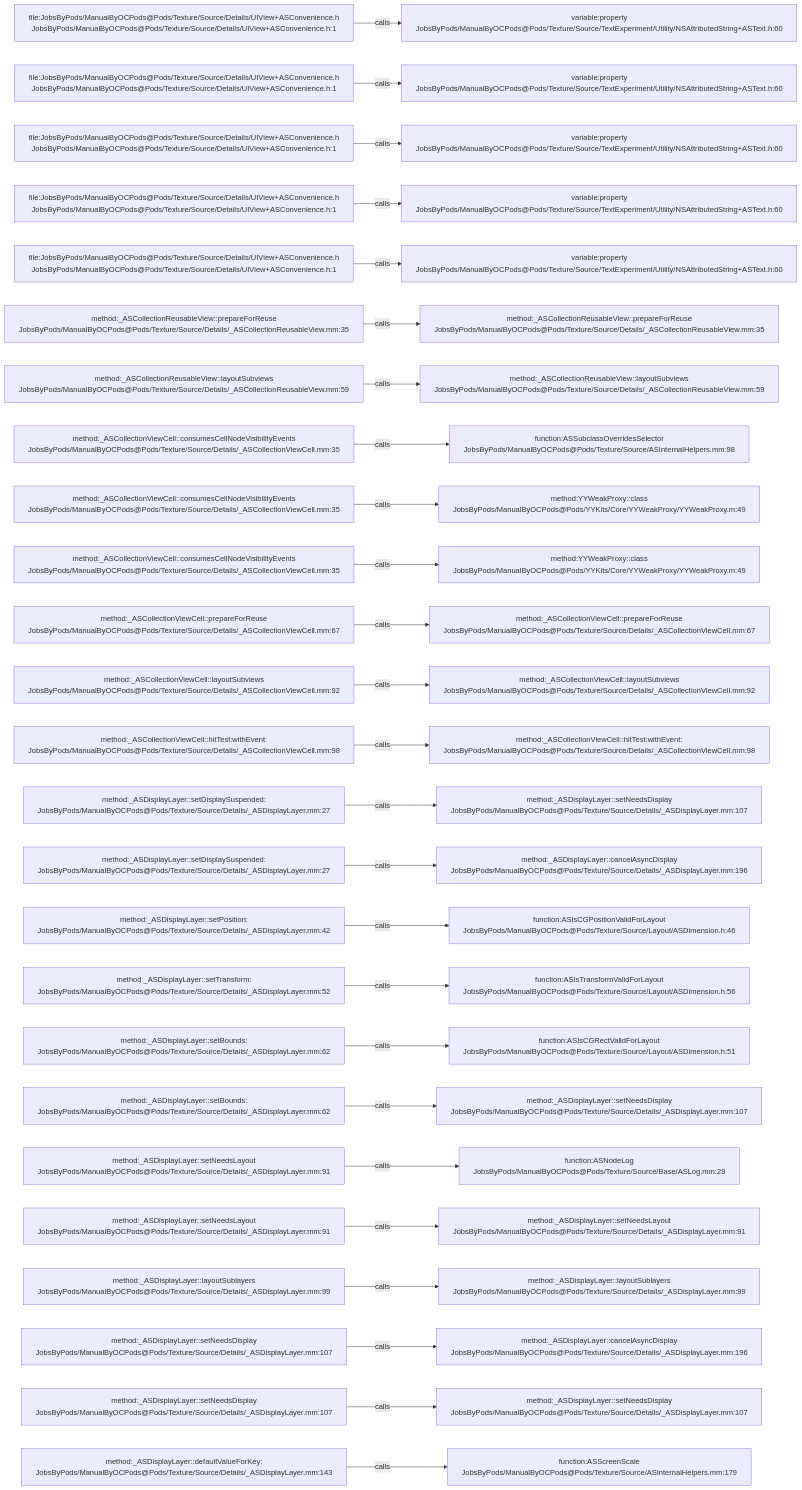
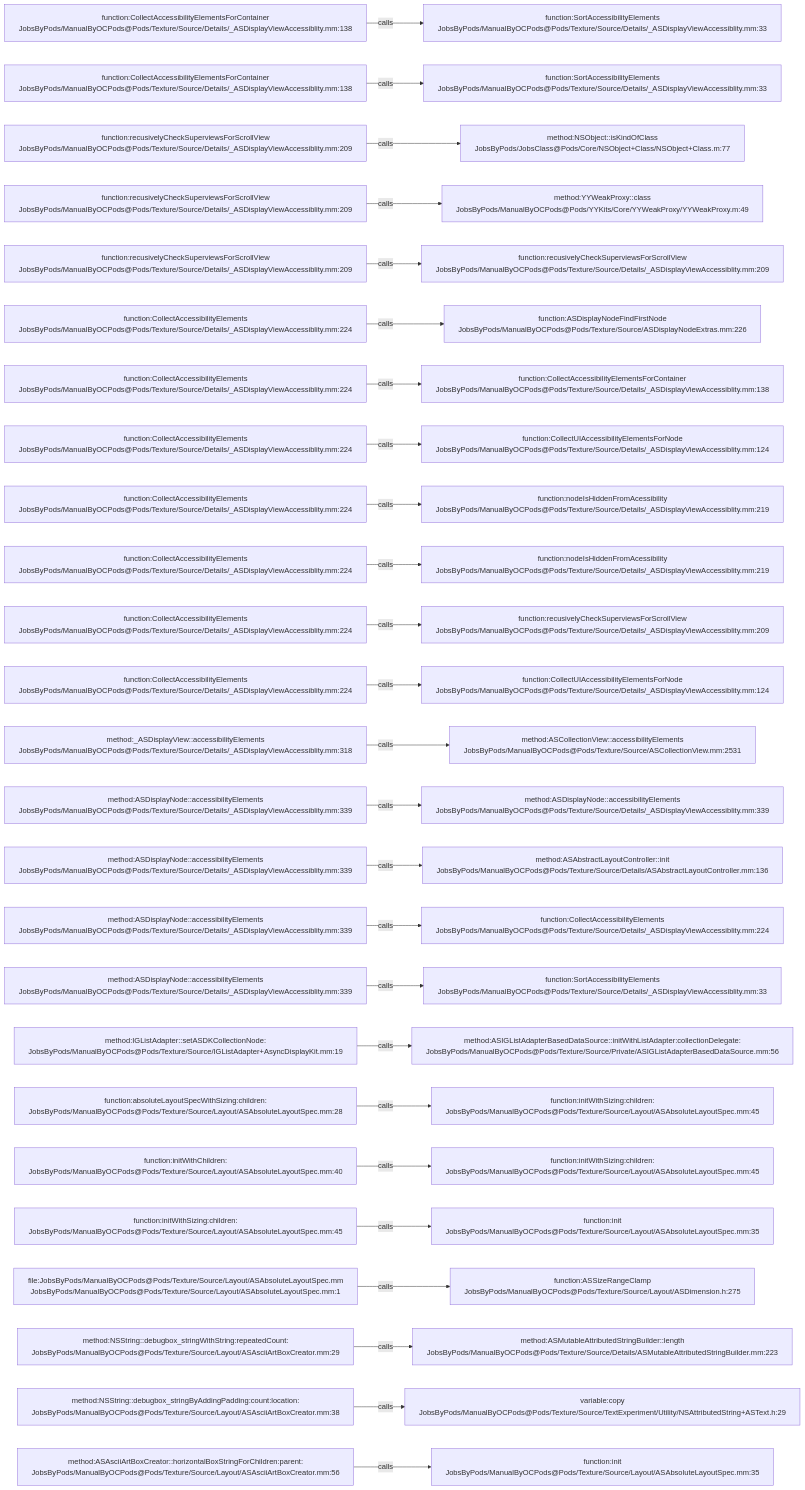
One commit to JobsKits/JobsOCBaseConfigDemo changed the diagram in .codegraph/codegraph.md/graphs/calls-172.md. Above: the diagram before and after it, drawn with Mermaid. The commit also changed 1353 other files, not shown here.

````diff
--- a/.codegraph/codegraph.md/graphs/calls-172.md
+++ b/.codegraph/codegraph.md/graphs/calls-172.md
@@ -13,78 +13,78 @@
 ```mermaid
 flowchart LR
-  S1["file:JobsByPods/ManualByOCPods@Pods/Texture/Source/Details/UIView+ASConvenience.h<br/>JobsByPods/ManualByOCPods@Pods/Texture/Source/Details/UIView+ASConvenience.h:1"]
-  T1["variable:property<br/>JobsByPods/ManualByOCPods@Pods/Texture/Source/TextExperiment/Utility/NSAttributedString+ASText.h:60"]
+  S1["function:CollectAccessibilityElementsForContainer<br/>JobsByPods/ManualByOCPods@Pods/Texture/Source/Details/_ASDisplayViewAccessiblity.mm:138"]
+  T1["function:SortAccessibilityElements<br/>JobsByPods/ManualByOCPods@Pods/Texture/Source/Details/_ASDisplayViewAccessiblity.mm:33"]
   S1 -->|calls| T1
-  S2["file:JobsByPods/ManualByOCPods@Pods/Texture/Source/Details/UIView+ASConvenience.h<br/>JobsByPods/ManualByOCPods@Pods/Texture/Source/Details/UIView+ASConvenience.h:1"]
-  T2["variable:property<br/>JobsByPods/ManualByOCPods@Pods/Texture/Source/TextExperiment/Utility/NSAttributedString+ASText.h:60"]
+  S2["function:CollectAccessibilityElementsForContainer<br/>JobsByPods/ManualByOCPods@Pods/Texture/Source/Details/_ASDisplayViewAccessiblity.mm:138"]
+  T2["function:SortAccessibilityElements<br/>JobsByPods/ManualByOCPods@Pods/Texture/Source/Details/_ASDisplayViewAccessiblity.mm:33"]
   S2 -->|calls| T2
-  S3["file:JobsByPods/ManualByOCPods@Pods/Texture/Source/Details/UIView+ASConvenience.h<br/>JobsByPods/ManualByOCPods@Pods/Texture/Source/Details/UIView+ASConvenience.h:1"]
-  T3["variable:property<br/>JobsByPods/ManualByOCPods@Pods/Texture/Source/TextExperiment/Utility/NSAttributedString+ASText.h:60"]
+  S3["function:recusivelyCheckSuperviewsForScrollView<br/>JobsByPods/ManualByOCPods@Pods/Texture/Source/Details/_ASDisplayViewAccessiblity.mm:209"]
+  T3["method:NSObject::isKindOfClass<br/>JobsByPods/JobsClass@Pods/Core/NSObject+Class/NSObject+Class.m:77"]
   S3 -->|calls| T3
-  S4["file:JobsByPods/ManualByOCPods@Pods/Texture/Source/Details/UIView+ASConvenience.h<br/>JobsByPods/ManualByOCPods@Pods/Texture/Source/Details/UIView+ASConvenience.h:1"]
-  T4["variable:property<br/>JobsByPods/ManualByOCPods@Pods/Texture/Source/TextExperiment/Utility/NSAttributedString+ASText.h:60"]
+  S4["function:recusivelyCheckSuperviewsForScrollView<br/>JobsByPods/ManualByOCPods@Pods/Texture/Source/Details/_ASDisplayViewAccessiblity.mm:209"]
+  T4["method:YYWeakProxy::class<br/>JobsByPods/ManualByOCPods@Pods/YYKits/Core/YYWeakProxy/YYWeakProxy.m:49"]
   S4 -->|calls| T4
-  S5["file:JobsByPods/ManualByOCPods@Pods/Texture/Source/Details/UIView+ASConvenience.h<br/>JobsByPods/ManualByOCPods@Pods/Texture/Source/Details/UIView+ASConvenience.h:1"]
-  T5["variable:property<br/>JobsByPods/ManualByOCPods@Pods/Texture/Source/TextExperiment/Utility/NSAttributedString+ASText.h:60"]
+  S5["function:recusivelyCheckSuperviewsForScrollView<br/>JobsByPods/ManualByOCPods@Pods/Texture/Source/Details/_ASDisplayViewAccessiblity.mm:209"]
+  T5["function:recusivelyCheckSuperviewsForScrollView<br/>JobsByPods/ManualByOCPods@Pods/Texture/Source/Details/_ASDisplayViewAccessiblity.mm:209"]
   S5 -->|calls| T5
-  S6["method:_ASCollectionReusableView::prepareForReuse<br/>JobsByPods/ManualByOCPods@Pods/Texture/Source/Details/_ASCollectionReusableView.mm:35"]
-  T6["method:_ASCollectionReusableView::prepareForReuse<br/>JobsByPods/ManualByOCPods@Pods/Texture/Source/Details/_ASCollectionReusableView.mm:35"]
+  S6["function:CollectAccessibilityElements<br/>JobsByPods/ManualByOCPods@Pods/Texture/Source/Details/_ASDisplayViewAccessiblity.mm:224"]
+  T6["function:ASDisplayNodeFindFirstNode<br/>JobsByPods/ManualByOCPods@Pods/Texture/Source/ASDisplayNodeExtras.mm:226"]
   S6 -->|calls| T6
-  S7["method:_ASCollectionReusableView::layoutSubviews<br/>JobsByPods/ManualByOCPods@Pods/Texture/Source/Details/_ASCollectionReusableView.mm:59"]
-  T7["method:_ASCollectionReusableView::layoutSubviews<br/>JobsByPods/ManualByOCPods@Pods/Texture/Source/Details/_ASCollectionReusableView.mm:59"]
+  S7["function:CollectAccessibilityElements<br/>JobsByPods/ManualByOCPods@Pods/Texture/Source/Details/_ASDisplayViewAccessiblity.mm:224"]
+  T7["function:CollectAccessibilityElementsForContainer<br/>JobsByPods/ManualByOCPods@Pods/Texture/Source/Details/_ASDisplayViewAccessiblity.mm:138"]
   S7 -->|calls| T7
-  S8["method:_ASCollectionViewCell::consumesCellNodeVisibilityEvents<br/>JobsByPods/ManualByOCPods@Pods/Texture/Source/Details/_ASCollectionViewCell.mm:35"]
-  T8["function:ASSubclassOverridesSelector<br/>JobsByPods/ManualByOCPods@Pods/Texture/Source/ASInternalHelpers.mm:98"]
+  S8["function:CollectAccessibilityElements<br/>JobsByPods/ManualByOCPods@Pods/Texture/Source/Details/_ASDisplayViewAccessiblity.mm:224"]
+  T8["function:CollectUIAccessibilityElementsForNode<br/>JobsByPods/ManualByOCPods@Pods/Texture/Source/Details/_ASDisplayViewAccessiblity.mm:124"]
   S8 -->|calls| T8
-  S9["method:_ASCollectionViewCell::consumesCellNodeVisibilityEvents<br/>JobsByPods/ManualByOCPods@Pods/Texture/Source/Details/_ASCollectionViewCell.mm:35"]
-  T9["method:YYWeakProxy::class<br/>JobsByPods/ManualByOCPods@Pods/YYKits/Core/YYWeakProxy/YYWeakProxy.m:49"]
+  S9["function:CollectAccessibilityElements<br/>JobsByPods/ManualByOCPods@Pods/Texture/Source/Details/_ASDisplayViewAccessiblity.mm:224"]
+  T9["function:nodeIsHiddenFromAcessibility<br/>JobsByPods/ManualByOCPods@Pods/Texture/Source/Details/_ASDisplayViewAccessiblity.mm:219"]
   S9 -->|calls| T9
-  S10["method:_ASCollectionViewCell::consumesCellNodeVisibilityEvents<br/>JobsByPods/ManualByOCPods@Pods/Texture/Source/Details/_ASCollectionViewCell.mm:35"]
-  T10["method:YYWeakProxy::class<br/>JobsByPods/ManualByOCPods@Pods/YYKits/Core/YYWeakProxy/YYWeakProxy.m:49"]
+  S10["function:CollectAccessibilityElements<br/>JobsByPods/ManualByOCPods@Pods/Texture/Source/Details/_ASDisplayViewAccessiblity.mm:224"]
+  T10["function:nodeIsHiddenFromAcessibility<br/>JobsByPods/ManualByOCPods@Pods/Texture/Source/Details/_ASDisplayViewAccessiblity.mm:219"]
   S10 -->|calls| T10
-  S11["method:_ASCollectionViewCell::prepareForReuse<br/>JobsByPods/ManualByOCPods@Pods/Texture/Source/Details/_ASCollectionViewCell.mm:67"]
-  T11["method:_ASCollectionViewCell::prepareForReuse<br/>JobsByPods/ManualByOCPods@Pods/Texture/Source/Details/_ASCollectionViewCell.mm:67"]
+  S11["function:CollectAccessibilityElements<br/>JobsByPods/ManualByOCPods@Pods/Texture/Source/Details/_ASDisplayViewAccessiblity.mm:224"]
+  T11["function:recusivelyCheckSuperviewsForScrollView<br/>JobsByPods/ManualByOCPods@Pods/Texture/Source/Details/_ASDisplayViewAccessiblity.mm:209"]
   S11 -->|calls| T11
-  S12["method:_ASCollectionViewCell::layoutSubviews<br/>JobsByPods/ManualByOCPods@Pods/Texture/Source/Details/_ASCollectionViewCell.mm:92"]
-  T12["method:_ASCollectionViewCell::layoutSubviews<br/>JobsByPods/ManualByOCPods@Pods/Texture/Source/Details/_ASCollectionViewCell.mm:92"]
+  S12["function:CollectAccessibilityElements<br/>JobsByPods/ManualByOCPods@Pods/Texture/Source/Details/_ASDisplayViewAccessiblity.mm:224"]
+  T12["function:CollectUIAccessibilityElementsForNode<br/>JobsByPods/ManualByOCPods@Pods/Texture/Source/Details/_ASDisplayViewAccessiblity.mm:124"]
   S12 -->|calls| T12
-  S13["method:_ASCollectionViewCell::hitTest:withEvent:<br/>JobsByPods/ManualByOCPods@Pods/Texture/Source/Details/_ASCollectionViewCell.mm:98"]
-  T13["method:_ASCollectionViewCell::hitTest:withEvent:<br/>JobsByPods/ManualByOCPods@Pods/Texture/Source/Details/_ASCollectionViewCell.mm:98"]
+  S13["method:_ASDisplayView::accessibilityElements<br/>JobsByPods/ManualByOCPods@Pods/Texture/Source/Details/_ASDisplayViewAccessiblity.mm:318"]
+  T13["method:ASCollectionView::accessibilityElements<br/>JobsByPods/ManualByOCPods@Pods/Texture/Source/ASCollectionView.mm:2531"]
   S13 -->|calls| T13
-  S14["method:_ASDisplayLayer::setDisplaySuspended:<br/>JobsByPods/ManualByOCPods@Pods/Texture/Source/Details/_ASDisplayLayer.mm:27"]
-  T14["method:_ASDisplayLayer::setNeedsDisplay<br/>JobsByPods/ManualByOCPods@Pods/Texture/Source/Details/_ASDisplayLayer.mm:107"]
+  S14["method:ASDisplayNode::accessibilityElements<br/>JobsByPods/ManualByOCPods@Pods/Texture/Source/Details/_ASDisplayViewAccessiblity.mm:339"]
+  T14["method:ASDisplayNode::accessibilityElements<br/>JobsByPods/ManualByOCPods@Pods/Texture/Source/Details/_ASDisplayViewAccessiblity.mm:339"]
   S14 -->|calls| T14
-  S15["method:_ASDisplayLayer::setDisplaySuspended:<br/>JobsByPods/ManualByOCPods@Pods/Texture/Source/Details/_ASDisplayLayer.mm:27"]
-  T15["method:_ASDisplayLayer::cancelAsyncDisplay<br/>JobsByPods/ManualByOCPods@Pods/Texture/Source/Details/_ASDisplayLayer.mm:196"]
+  S15["method:ASDisplayNode::accessibilityElements<br/>JobsByPods/ManualByOCPods@Pods/Texture/Source/Details/_ASDisplayViewAccessiblity.mm:339"]
+  T15["method:ASAbstractLayoutController::init<br/>JobsByPods/ManualByOCPods@Pods/Texture/Source/Details/ASAbstractLayoutController.mm:136"]
   S15 -->|calls| T15
-  S16["method:_ASDisplayLayer::setPosition:<br/>JobsByPods/ManualByOCPods@Pods/Texture/Source/Details/_ASDisplayLayer.mm:42"]
-  T16["function:ASIsCGPositionValidForLayout<br/>JobsByPods/ManualByOCPods@Pods/Texture/Source/Layout/ASDimension.h:46"]
+  S16["method:ASDisplayNode::accessibilityElements<br/>JobsByPods/ManualByOCPods@Pods/Texture/Source/Details/_ASDisplayViewAccessiblity.mm:339"]
+  T16["function:CollectAccessibilityElements<br/>JobsByPods/ManualByOCPods@Pods/Texture/Source/Details/_ASDisplayViewAccessiblity.mm:224"]
   S16 -->|calls| T16
-  S17["method:_ASDisplayLayer::setTransform:<br/>JobsByPods/ManualByOCPods@Pods/Texture/Source/Details/_ASDisplayLayer.mm:52"]
-  T17["function:ASIsTransformValidForLayout<br/>JobsByPods/ManualByOCPods@Pods/Texture/Source/Layout/ASDimension.h:56"]
+  S17["method:ASDisplayNode::accessibilityElements<br/>JobsByPods/ManualByOCPods@Pods/Texture/Source/Details/_ASDisplayViewAccessiblity.mm:339"]
+  T17["function:SortAccessibilityElements<br/>JobsByPods/ManualByOCPods@Pods/Texture/Source/Details/_ASDisplayViewAccessiblity.mm:33"]
   S17 -->|calls| T17
-  S18["method:_ASDisplayLayer::setBounds:<br/>JobsByPods/ManualByOCPods@Pods/Texture/Source/Details/_ASDisplayLayer.mm:62"]
-  T18["function:ASIsCGRectValidForLayout<br/>JobsByPods/ManualByOCPods@Pods/Texture/Source/Layout/ASDimension.h:51"]
+  S18["method:IGListAdapter::setASDKCollectionNode:<br/>JobsByPods/ManualByOCPods@Pods/Texture/Source/IGListAdapter+AsyncDisplayKit.mm:19"]
+  T18["method:ASIGListAdapterBasedDataSource::initWithListAdapter:collectionDelegate:<br/>JobsByPods/ManualByOCPods@Pods/Texture/Source/Private/ASIGListAdapterBasedDataSource.mm:56"]
   S18 -->|calls| T18
-  S19["method:_ASDisplayLayer::setBounds:<br/>JobsByPods/ManualByOCPods@Pods/Texture/Source/Details/_ASDisplayLayer.mm:62"]
-  T19["method:_ASDisplayLayer::setNeedsDisplay<br/>JobsByPods/ManualByOCPods@Pods/Texture/Source/Details/_ASDisplayLayer.mm:107"]
+  S19["function:absoluteLayoutSpecWithSizing:children:<br/>JobsByPods/ManualByOCPods@Pods/Texture/Source/Layout/ASAbsoluteLayoutSpec.mm:28"]
+  T19["function:initWithSizing:children:<br/>JobsByPods/ManualByOCPods@Pods/Texture/Source/Layout/ASAbsoluteLayoutSpec.mm:45"]
   S19 -->|calls| T19
-  S20["method:_ASDisplayLayer::setNeedsLayout<br/>JobsByPods/ManualByOCPods@Pods/Texture/Source/Details/_ASDisplayLayer.mm:91"]
-  T20["function:ASNodeLog<br/>JobsByPods/ManualByOCPods@Pods/Texture/Source/Base/ASLog.mm:29"]
+  S20["function:initWithChildren:<br/>JobsByPods/ManualByOCPods@Pods/Texture/Source/Layout/ASAbsoluteLayoutSpec.mm:40"]
+  T20["function:initWithSizing:children:<br/>JobsByPods/ManualByOCPods@Pods/Texture/Source/Layout/ASAbsoluteLayoutSpec.mm:45"]
   S20 -->|calls| T20
-  S21["method:_ASDisplayLayer::setNeedsLayout<br/>JobsByPods/ManualByOCPods@Pods/Texture/Source/Details/_ASDisplayLayer.mm:91"]
-  T21["method:_ASDisplayLayer::setNeedsLayout<br/>JobsByPods/ManualByOCPods@Pods/Texture/Source/Details/_ASDisplayLayer.mm:91"]
+  S21["function:initWithSizing:children:<br/>JobsByPods/ManualByOCPods@Pods/Texture/Source/Layout/ASAbsoluteLayoutSpec.mm:45"]
+  T21["function:init<br/>JobsByPods/ManualByOCPods@Pods/Texture/Source/Layout/ASAbsoluteLayoutSpec.mm:35"]
   S21 -->|calls| T21
-  S22["method:_ASDisplayLayer::layoutSublayers<br/>JobsByPods/ManualByOCPods@Pods/Texture/Source/Details/_ASDisplayLayer.mm:99"]
-  T22["method:_ASDisplayLayer::layoutSublayers<br/>JobsByPods/ManualByOCPods@Pods/Texture/Source/Details/_ASDisplayLayer.mm:99"]
+  S22["file:JobsByPods/ManualByOCPods@Pods/Texture/Source/Layout/ASAbsoluteLayoutSpec.mm<br/>JobsByPods/ManualByOCPods@Pods/Texture/Source/Layout/ASAbsoluteLayoutSpec.mm:1"]
+  T22["function:ASSizeRangeClamp<br/>JobsByPods/ManualByOCPods@Pods/Texture/Source/Layout/ASDimension.h:275"]
   S22 -->|calls| T22
-  S23["method:_ASDisplayLayer::setNeedsDisplay<br/>JobsByPods/ManualByOCPods@Pods/Texture/Source/Details/_ASDisplayLayer.mm:107"]
-  T23["method:_ASDisplayLayer::cancelAsyncDisplay<br/>JobsByPods/ManualByOCPods@Pods/Texture/Source/Details/_ASDisplayLayer.mm:196"]
+  S23["method:NSString::debugbox_stringWithString:repeatedCount:<br/>JobsByPods/ManualByOCPods@Pods/Texture/Source/Layout/ASAsciiArtBoxCreator.mm:29"]
+  T23["method:ASMutableAttributedStringBuilder::length<br/>JobsByPods/ManualByOCPods@Pods/Texture/Source/Details/ASMutableAttributedStringBuilder.mm:223"]
   S23 -->|calls| T23
-  S24["method:_ASDisplayLayer::setNeedsDisplay<br/>JobsByPods/ManualByOCPods@Pods/Texture/Source/Details/_ASDisplayLayer.mm:107"]
-  T24["method:_ASDisplayLayer::setNeedsDisplay<br/>JobsByPods/ManualByOCPods@Pods/Texture/Source/Details/_ASDisplayLayer.mm:107"]
+  S24["method:NSString::debugbox_stringByAddingPadding:count:location:<br/>JobsByPods/ManualByOCPods@Pods/Texture/Source/Layout/ASAsciiArtBoxCreator.mm:38"]
+  T24["variable:copy<br/>JobsByPods/ManualByOCPods@Pods/Texture/Source/TextExperiment/Utility/NSAttributedString+ASText.h:29"]
   S24 -->|calls| T24
-  S25["method:_ASDisplayLayer::defaultValueForKey:<br/>JobsByPods/ManualByOCPods@Pods/Texture/Source/Details/_ASDisplayLayer.mm:143"]
-  T25["function:ASScreenScale<br/>JobsByPods/ManualByOCPods@Pods/Texture/Source/ASInternalHelpers.mm:179"]
+  S25["method:ASAsciiArtBoxCreator::horizontalBoxStringForChildren:parent:<br/>JobsByPods/ManualByOCPods@Pods/Texture/Source/Layout/ASAsciiArtBoxCreator.mm:56"]
+  T25["function:init<br/>JobsByPods/ManualByOCPods@Pods/Texture/Source/Layout/ASAbsoluteLayoutSpec.mm:35"]
   S25 -->|calls| T25
 ```
````
